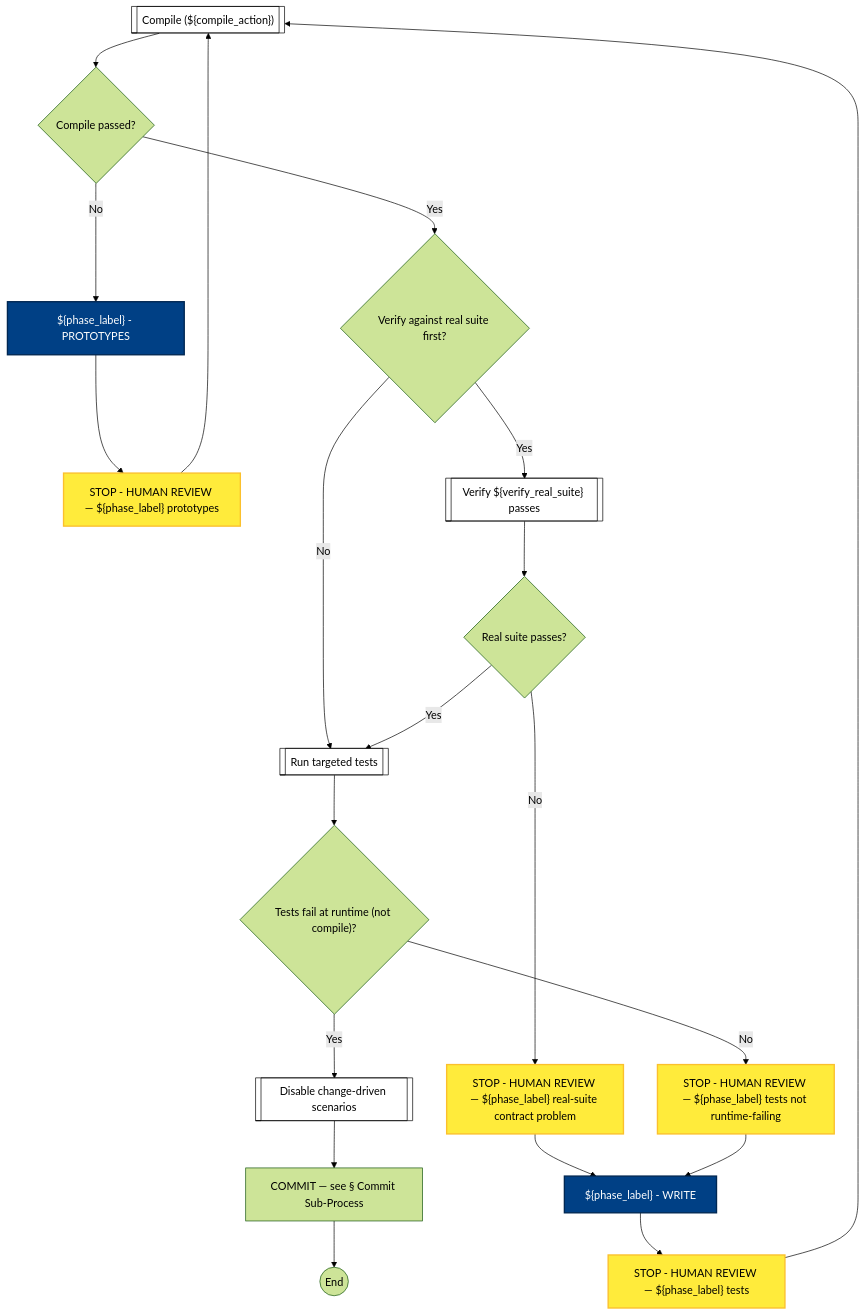
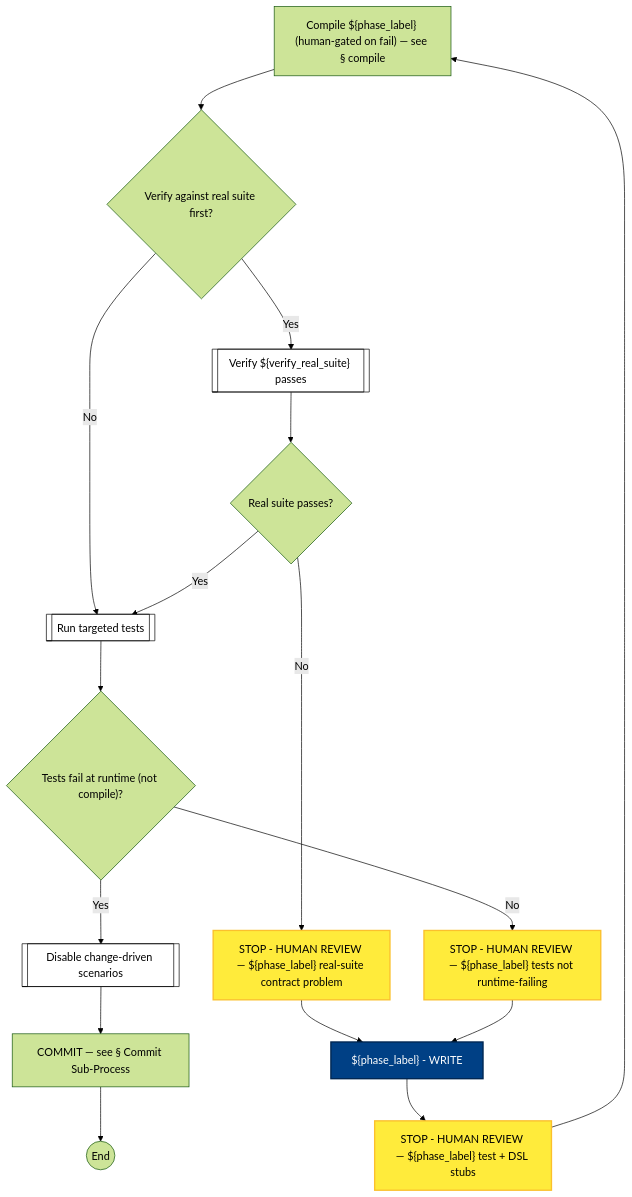
Before and after one commit to optivem/gh-optivem: diagram 16 of 17 in docs/process-diagram.md, drawn with Mermaid (forest theme). The commit also changed other lines of this file and 8 other files, not shown here.

Commit message:
atdd: regenerate process-flow diagram

````diff
--- a/docs/process-diagram.md
+++ b/docs/process-diagram.md
@@ -400,48 +414,41 @@
 ```mermaid
 flowchart TD
     COMMIT[COMMIT — see § Commit Sub-Process]
-    COMPILE[["Compile (${compile_action})"]]
+    COMPILE["Compile ${phase_label} (human-gated on fail) — see § compile"]
     DISABLE[[Disable change-driven scenarios]]
-    GATE_COMPILE_OK{Compile passed?}
     GATE_RUN_FAILED_RUNTIME{"Tests fail at runtime (not compile)?"}
     GATE_VERIFY_REAL_PASS{Real suite passes?}
     GATE_VERIFY_REAL_REQUIRED{Verify against real suite first?}
     RED_END((End))
     RUN[[Run targeted tests]]
-    STOP_PROTOTYPE_REVIEW["STOP - HUMAN REVIEW — ${phase_label} prototypes"]
     STOP_RED_NOT_RUNTIME_FAIL["STOP - HUMAN REVIEW — ${phase_label} tests not runtime-failing"]
-    STOP_RED_REVIEW["STOP - HUMAN REVIEW — ${phase_label} tests"]
+    STOP_RED_REVIEW["STOP - HUMAN REVIEW — ${phase_label} test + DSL stubs"]
     STOP_VERIFY_REAL_FAIL["STOP - HUMAN REVIEW — ${phase_label} real-suite contract problem"]
     VERIFY_REAL[["Verify ${verify_real_suite} passes"]]
     WRITE["${phase_label} - WRITE"]
-    WRITE_PROTOTYPES["${phase_label} - PROTOTYPES"]
 
     WRITE --> STOP_RED_REVIEW
     STOP_RED_REVIEW --> COMPILE
-    COMPILE --> GATE_COMPILE_OK
-    GATE_COMPILE_OK -- No --> WRITE_PROTOTYPES
-    GATE_COMPILE_OK -- Yes --> GATE_VERIFY_REAL_REQUIRED
-    WRITE_PROTOTYPES --> STOP_PROTOTYPE_REVIEW
-    STOP_PROTOTYPE_REVIEW --> COMPILE
+    COMPILE --> GATE_VERIFY_REAL_REQUIRED
     GATE_VERIFY_REAL_REQUIRED -- Yes --> VERIFY_REAL
     GATE_VERIFY_REAL_REQUIRED -- No --> RUN
     VERIFY_REAL --> GATE_VERIFY_REAL_PASS
     GATE_VERIFY_REAL_PASS -- Yes --> RUN
     GATE_VERIFY_REAL_PASS -- No --> STOP_VERIFY_REAL_FAIL
     STOP_VERIFY_REAL_FAIL --> WRITE
     RUN --> GATE_RUN_FAILED_RUNTIME
     GATE_RUN_FAILED_RUNTIME -- Yes --> DISABLE
     GATE_RUN_FAILED_RUNTIME -- No --> STOP_RED_NOT_RUNTIME_FAIL
     STOP_RED_NOT_RUNTIME_FAIL --> WRITE
     DISABLE --> COMMIT
     COMMIT --> RED_END
 
     classDef serviceNode fill:#ffffff,stroke:#000000,stroke-width:1px,color:#000000
-    class COMPILE,DISABLE,RUN,VERIFY_REAL serviceNode
+    class DISABLE,RUN,VERIFY_REAL serviceNode
 
     classDef agentNode fill:#004085,stroke:#002752,stroke-width:2px,color:#ffffff
-    class WRITE,WRITE_PROTOTYPES agentNode
+    class WRITE agentNode
 
     classDef humanNode fill:#ffeb3b,stroke:#fbc02d,stroke-width:2px,color:#000000
-    class STOP_PROTOTYPE_REVIEW,STOP_RED_NOT_RUNTIME_FAIL,STOP_RED_REVIEW,STOP_VERIFY_REAL_FAIL humanNode
+    class STOP_RED_NOT_RUNTIME_FAIL,STOP_RED_REVIEW,STOP_VERIFY_REAL_FAIL humanNode
 ```
````
